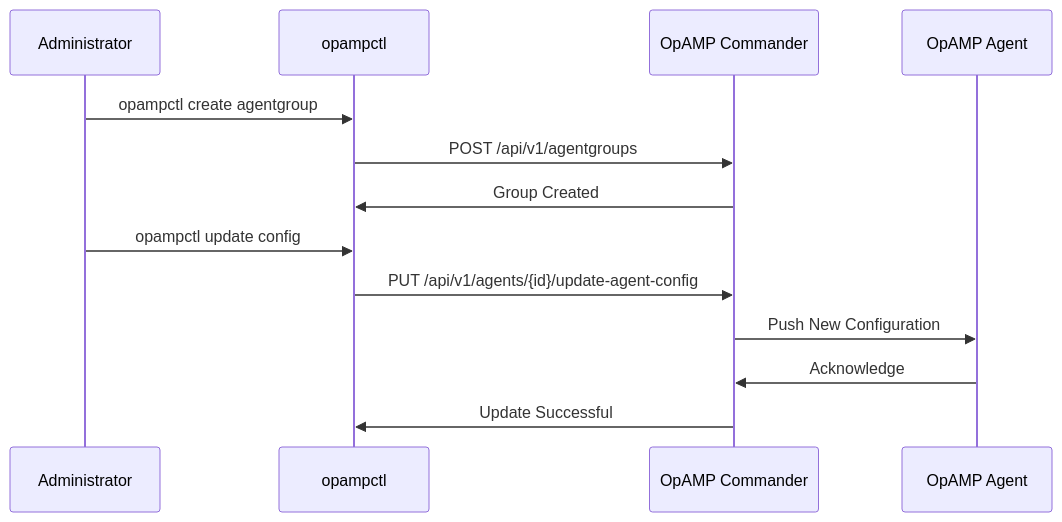
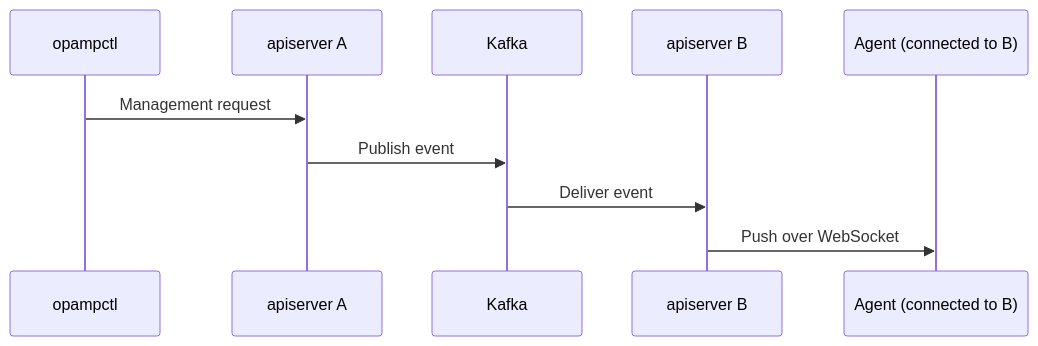
One commit to minuk-dev/opampcommander changed the third of 3 diagrams in docs/content/en/docs/overview/_index.md. Above: the diagram before and after it, drawn with Mermaid. The commit also changed other lines of this file and 15 other files, not shown here.

First line of the commit message:
docs: enhance opampctl, apiserver, and web documentation

````diff
--- a/docs/content/en/docs/overview/_index.md
+++ b/docs/content/en/docs/overview/_index.md
@@ -82,17 +93,13 @@
 ```mermaid
 sequenceDiagram
-    participant Admin as Administrator
     participant CLI as opampctl
-    participant Server as OpAMP Commander
-    participant Agent as OpAMP Agent
+    participant A as apiserver A
+    participant MQ as Kafka
+    participant B as apiserver B
+    participant Agent as Agent (connected to B)
 
-    Admin->>CLI: opampctl create agentgroup
-    CLI->>Server: POST /api/v1/agentgroups
-    Server->>CLI: Group Created
-    
-    Admin->>CLI: opampctl update config
-    CLI->>Server: PUT /api/v1/agents/{id}/update-agent-config
-    Server->>Agent: Push New Configuration
-    Agent->>Server: Acknowledge
-    Server->>CLI: Update Successful
+    CLI->>A: Management request
+    A->>MQ: Publish event
+    MQ->>B: Deliver event
+    B->>Agent: Push over WebSocket
 ```
````
